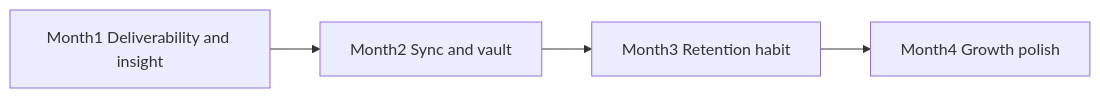
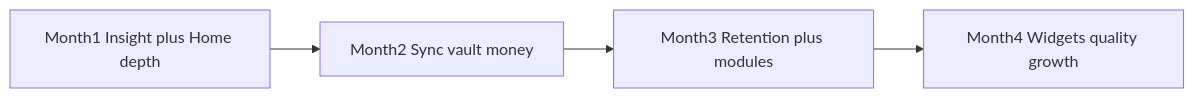
The diagram in FOUR_MONTH_PLAN.md (kamranibrahim/nestly), drawn with Mermaid before and after one commit. The commit also changed other lines of this file and 2 other files, not shown here.

First line of the commit message:
Densify 4-month plan: web paused, no domain required

````diff
--- a/FOUR_MONTH_PLAN.md
+++ b/FOUR_MONTH_PLAN.md
@@ -17,6 +16,6 @@
 ```mermaid
 flowchart LR
-  M1[Month1 Deliverability and insight] --> M2[Month2 Sync and vault]
-  M2 --> M3[Month3 Retention habit]
-  M3 --> M4[Month4 Growth polish]
+  M1[Month1 Insight plus Home depth] --> M2[Month2 Sync vault money]
+  M2 --> M3[Month3 Retention plus modules]
+  M3 --> M4[Month4 Widgets quality growth]
 ```
````
